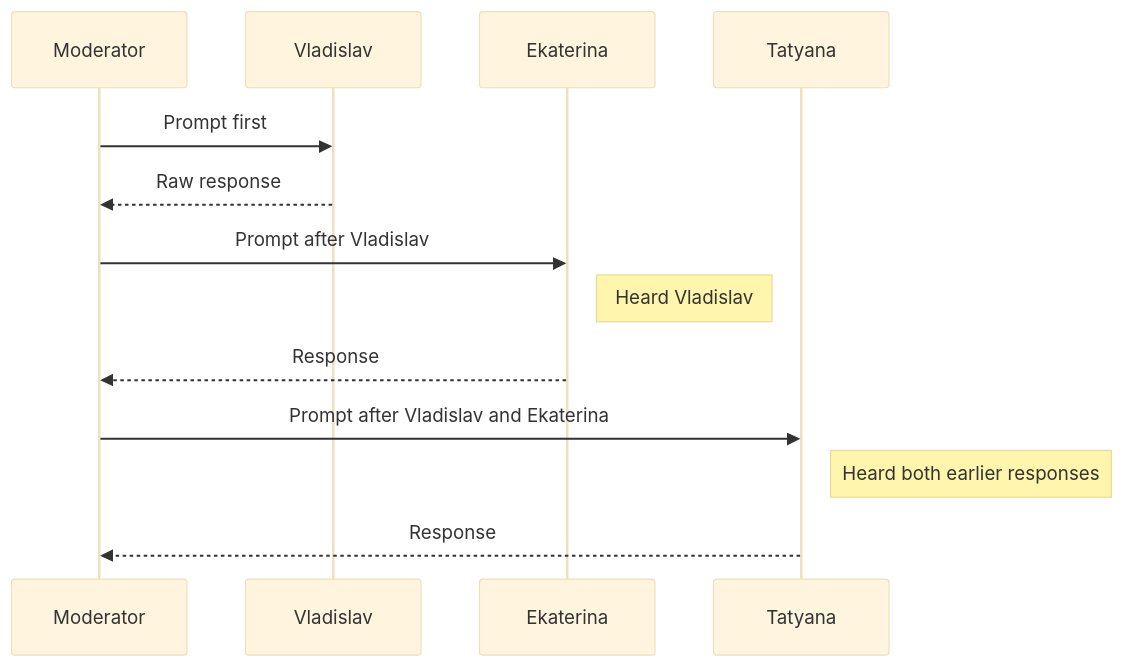
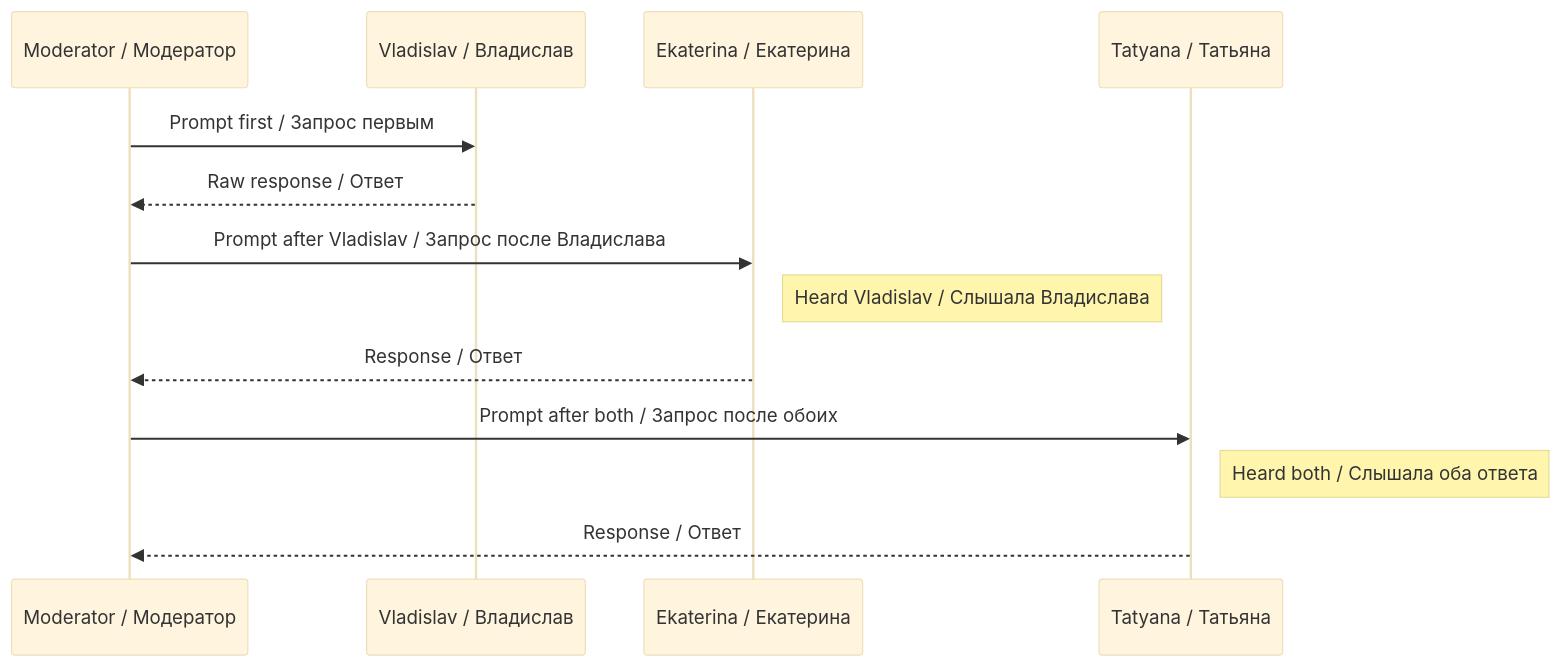
The second of 4 diagrams in README.md (AdvancedScientificResearchProjects/UAP_Reverse_Engineering_Study), drawn with Mermaid (base theme) before and after one commit. The commit also changed other lines of this file and 2 other files, not shown here.

First line of the commit message:
docs: bilingual fixes, НЛО to НАЯ, mermaid translations, email corrections

````diff
--- a/README.md
+++ b/README.md
@@ -156,16 +156,16 @@
 ```mermaid
 sequenceDiagram
-    participant M as Moderator
-    participant V as Vladislav
-    participant E as Ekaterina
-    participant T as Tatyana
+    participant M as Moderator / Модератор
+    participant V as Vladislav / Владислав
+    participant E as Ekaterina / Екатерина
+    participant T as Tatyana / Татьяна
 
-    M->>V: Prompt first
-    V-->>M: Raw response
-    M->>E: Prompt after Vladislav
-    Note right of E: Heard Vladislav
-    E-->>M: Response
-    M->>T: Prompt after Vladislav and Ekaterina
-    Note right of T: Heard both earlier responses
-    T-->>M: Response
+    M->>V: Prompt first / Запрос первым
+    V-->>M: Raw response / Ответ
+    M->>E: Prompt after Vladislav / Запрос после Владислава
+    Note right of E: Heard Vladislav / Слышала Владислава
+    E-->>M: Response / Ответ
+    M->>T: Prompt after both / Запрос после обоих
+    Note right of T: Heard both / Слышала оба ответа
+    T-->>M: Response / Ответ
 ```
````
